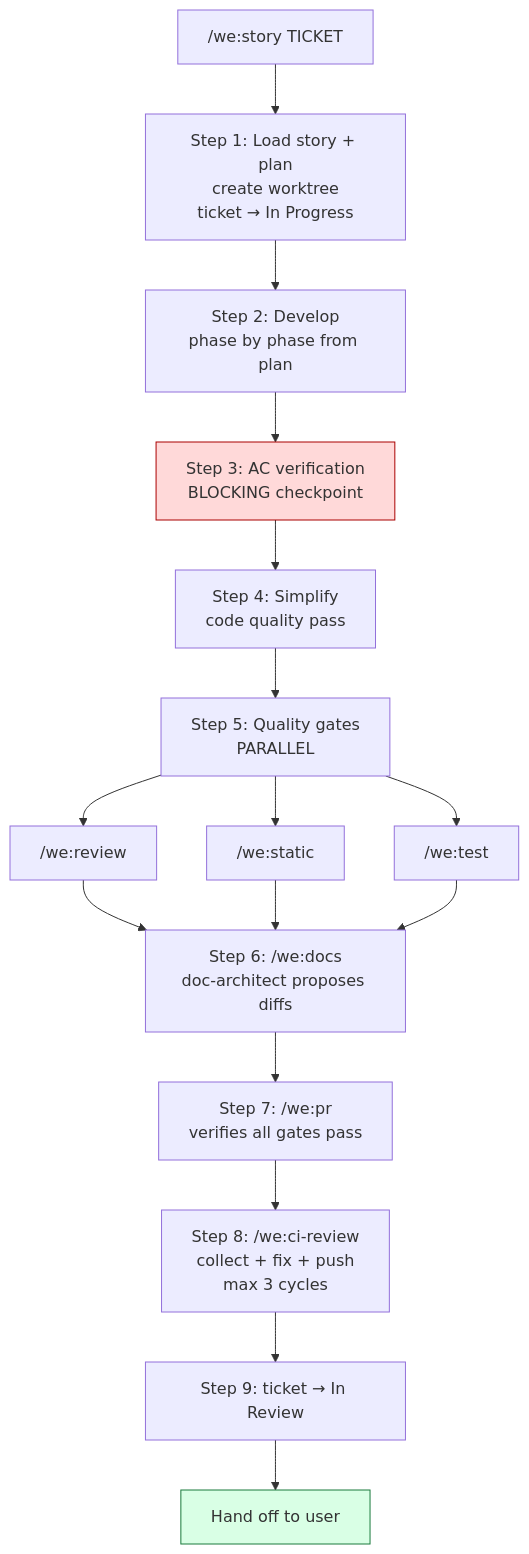
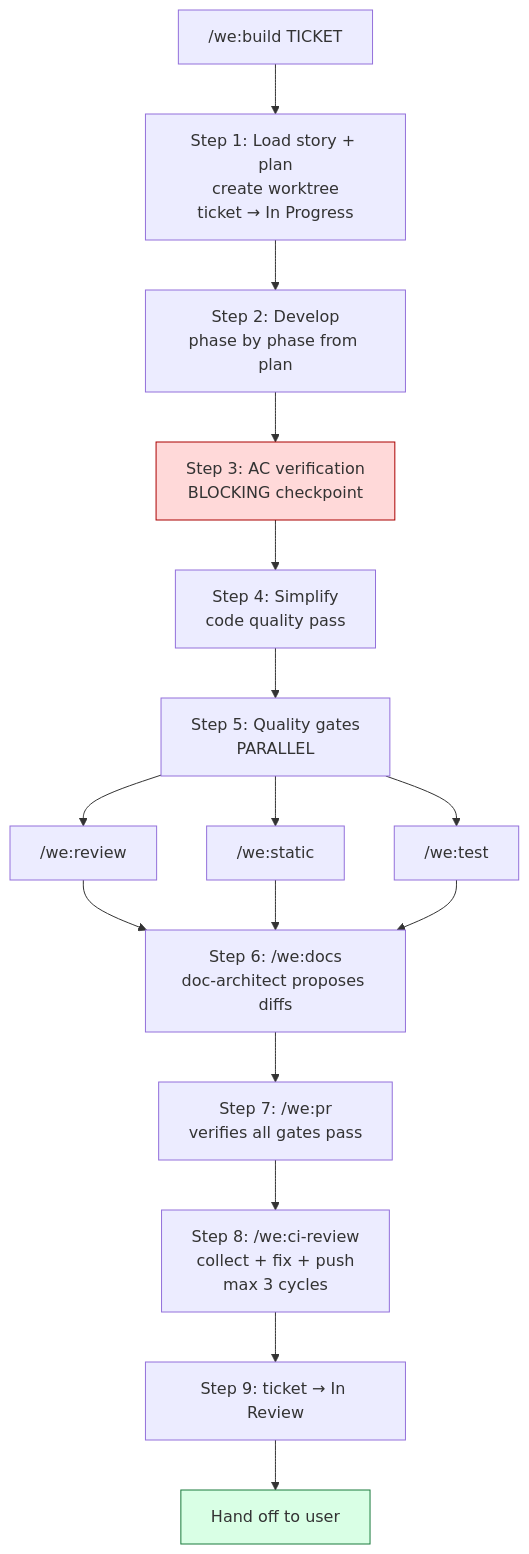
One commit to weside-ai/claude-code-plugin changed the second of 3 diagrams in docs/workflow.md. Above: the diagram before and after it, drawn with Mermaid. The commit also changed other lines of this file and 29 other files, not shown here.

````diff
--- a/docs/workflow.md
+++ b/docs/workflow.md
@@ -56,19 +75,19 @@
 ```mermaid
 flowchart TB
-    Start["/we:story TICKET"] --> DoR[Step 1: Load story + plan<br/>create worktree<br/>ticket → In Progress]
+    Start["/we:build TICKET"] --> DoR[Step 1: Load story + plan<br/>create worktree<br/>ticket → In Progress]
     DoR --> Dev[Step 2: Develop<br/>phase by phase from plan]
     Dev --> AC[Step 3: AC verification<br/>BLOCKING checkpoint]
     AC --> Simp[Step 4: Simplify<br/>code quality pass]
     Simp --> Gates[Step 5: Quality gates<br/>PARALLEL]
     Gates --> Review["/we:review"]
     Gates --> Static["/we:static"]
     Gates --> Test["/we:test"]
     Review & Static & Test --> Docs[Step 6: /we:docs<br/>doc-architect proposes diffs]
     Docs --> PR[Step 7: /we:pr<br/>verifies all gates pass]
     PR --> CI[Step 8: /we:ci-review<br/>collect + fix + push<br/>max 3 cycles]
     CI --> Verify[Step 9: ticket → In Review]
     Verify --> Hand[Hand off to user]
 
     style AC fill:#ffd9d9,stroke:#aa0000
     style Hand fill:#d9ffe5,stroke:#1a7a3c
 ```
````
